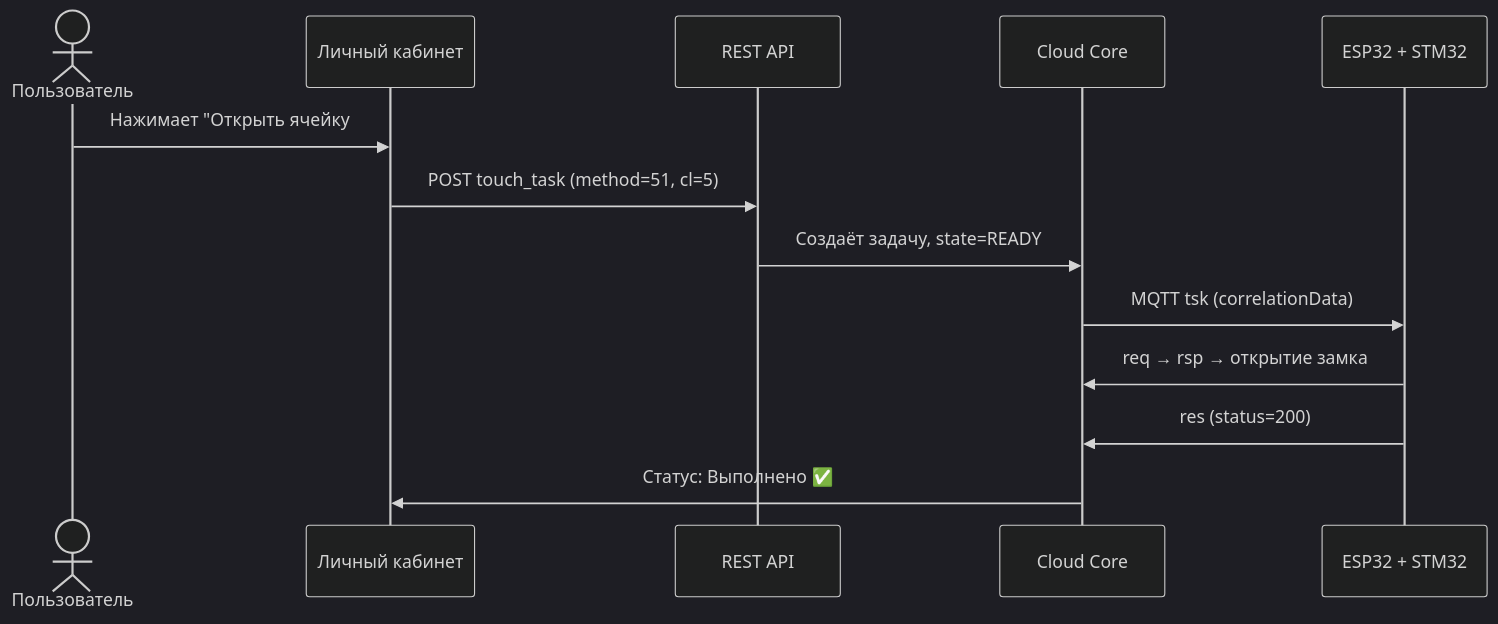
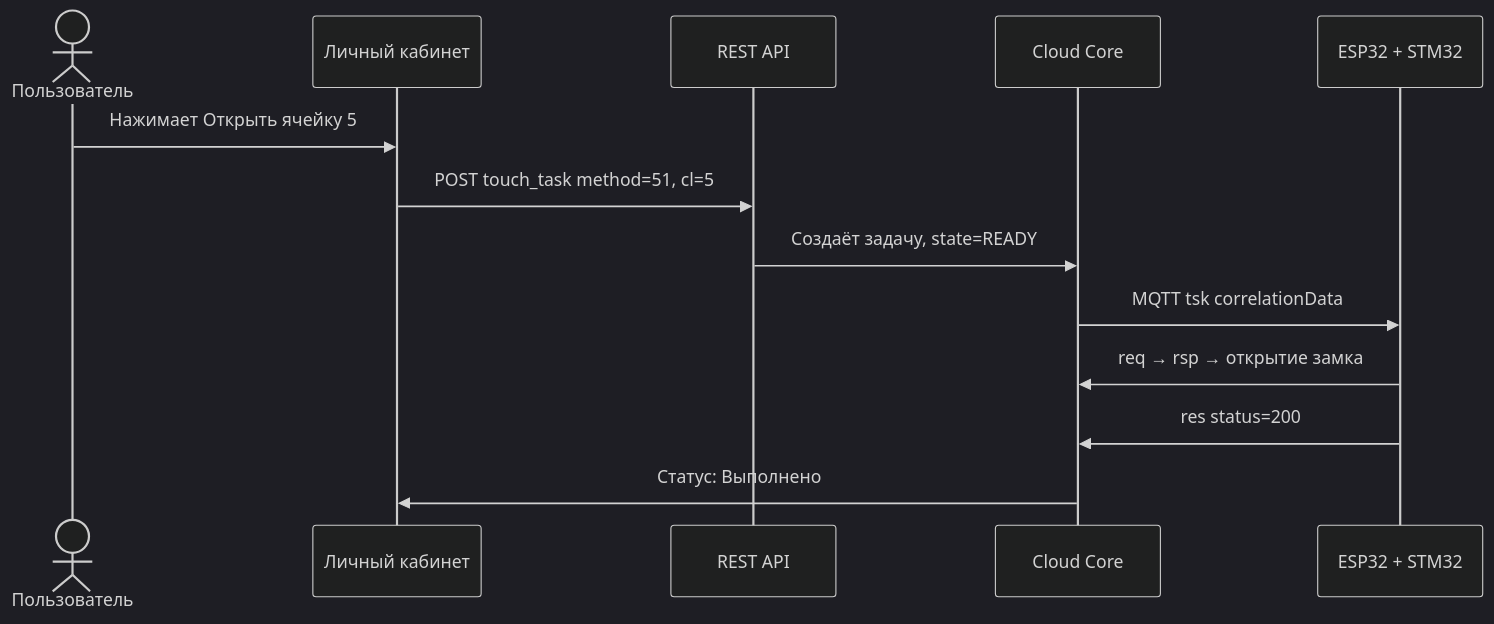
The seventh of 8 diagrams in docs/solution-presentation.md (OlegLebedevRU/iot-rpc-rest-app), drawn with Mermaid (dark theme) before and after one commit. The commit also changed other lines of this file, not shown here.

First line of the commit message:
docs: fix Mermaid/GitHub UI compatibility issues in solution-presentation.md

````diff
--- a/docs/solution-presentation.md
+++ b/docs/solution-presentation.md
@@ -459,16 +463,16 @@
 ```mermaid
 sequenceDiagram
     actor User as Пользователь
     participant LK as Личный кабинет
     participant API as REST API
     participant Core as Cloud Core
     participant Device as ESP32 + STM32
 
-    User->>LK: Нажимает "Открыть ячейку #5"
-    LK->>API: POST touch_task (method=51, cl=5)
+    User->>LK: Нажимает Открыть ячейку 5
+    LK->>API: POST touch_task method=51, cl=5
     API->>Core: Создаёт задачу, state=READY
-    Core->>Device: MQTT tsk (correlationData)
+    Core->>Device: MQTT tsk correlationData
     Device->>Core: req → rsp → открытие замка
-    Device->>Core: res (status=200)
-    Core->>LK: Статус: Выполнено ✅
+    Device->>Core: res status=200
+    Core->>LK: Статус: Выполнено
 ```
````
